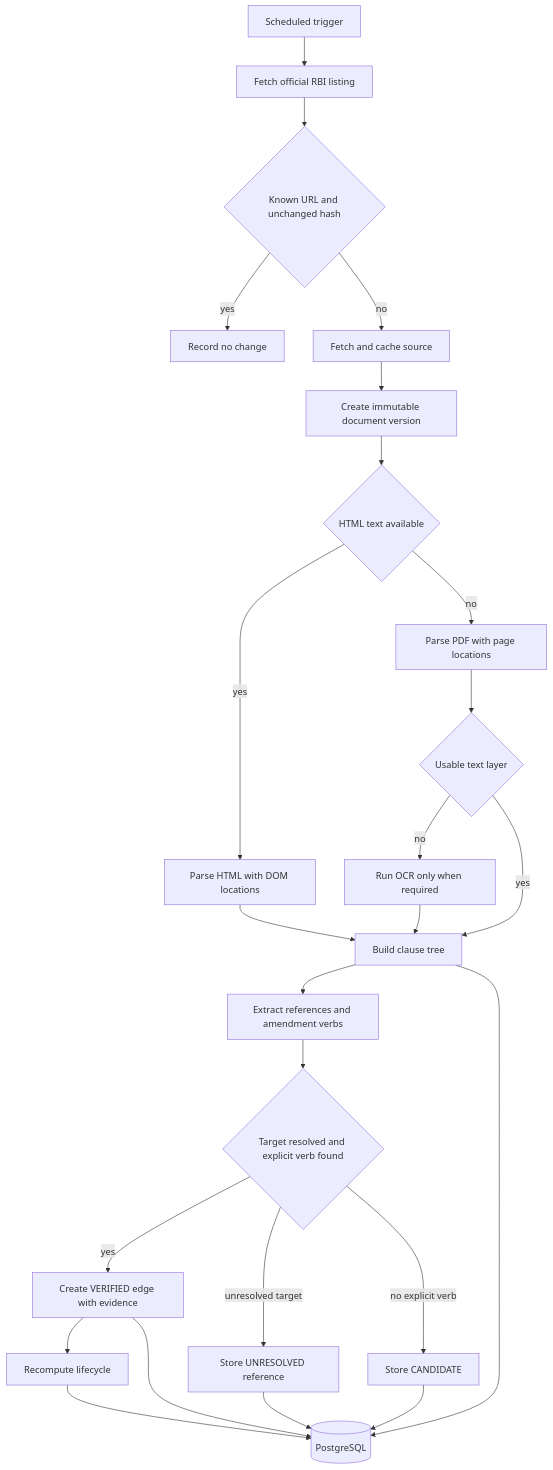
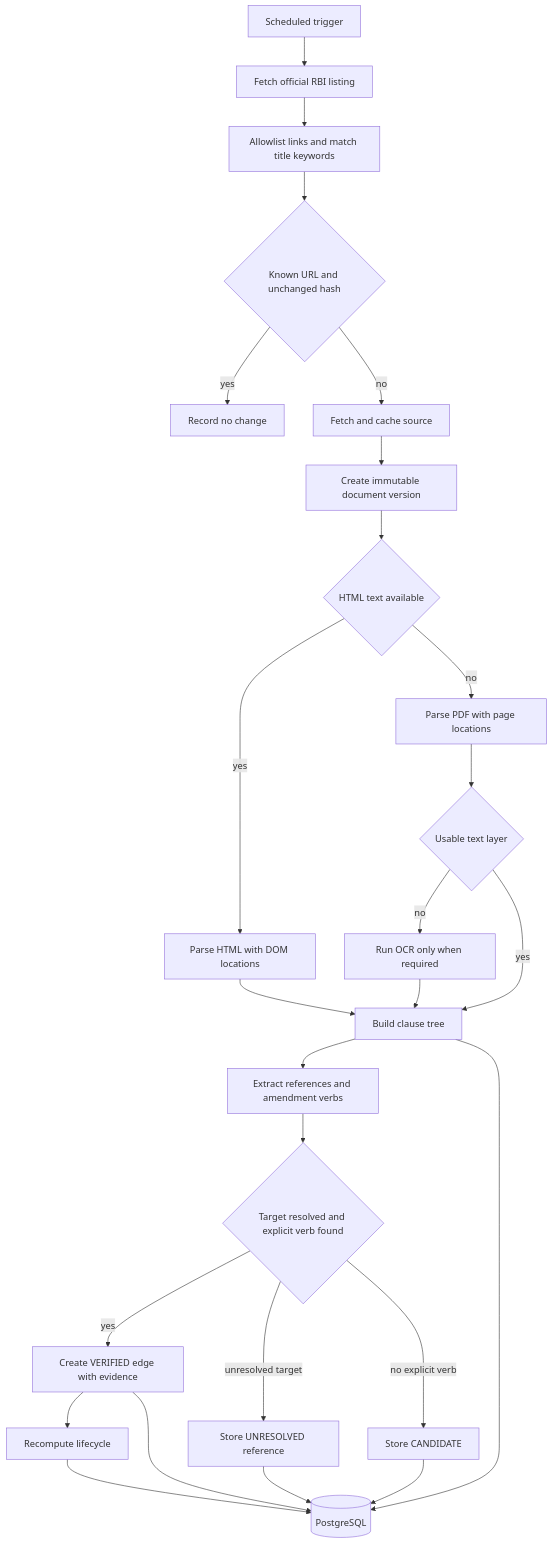
Before and after one commit to arnav7897/RAAY: the third of 6 diagrams in flow.md, drawn with Mermaid. The commit also changed other lines of this file and 12 other files, not shown here.

````diff
--- a/flow.md
+++ b/flow.md
@@ -83,27 +84,28 @@
 ```mermaid
 flowchart TD
   S[Scheduled trigger] --> L[Fetch official RBI listing]
-  L --> N{Known URL and unchanged hash}
+  L --> K[Allowlist links and match title keywords]
+  K --> N{Known URL and unchanged hash}
   N -- yes --> X[Record no change]
   N -- no --> F[Fetch and cache source]
   F --> V[Create immutable document version]
   V --> H{HTML text available}
   H -- yes --> P1[Parse HTML with DOM locations]
   H -- no --> P2[Parse PDF with page locations]
   P2 --> O{Usable text layer}
   O -- no --> OCR[Run OCR only when required]
   O -- yes --> C[Build clause tree]
   OCR --> C
   P1 --> C
   C --> R[Extract references and amendment verbs]
   R --> E{Target resolved and explicit verb found}
   E -- yes --> VR[Create VERIFIED edge with evidence]
   E -- unresolved target --> UR[Store UNRESOLVED reference]
   E -- no explicit verb --> CA[Store CANDIDATE]
   VR --> LC[Recompute lifecycle]
   C --> DB[(PostgreSQL)]
   VR --> DB
   UR --> DB
   CA --> DB
   LC --> DB
 ```
````
